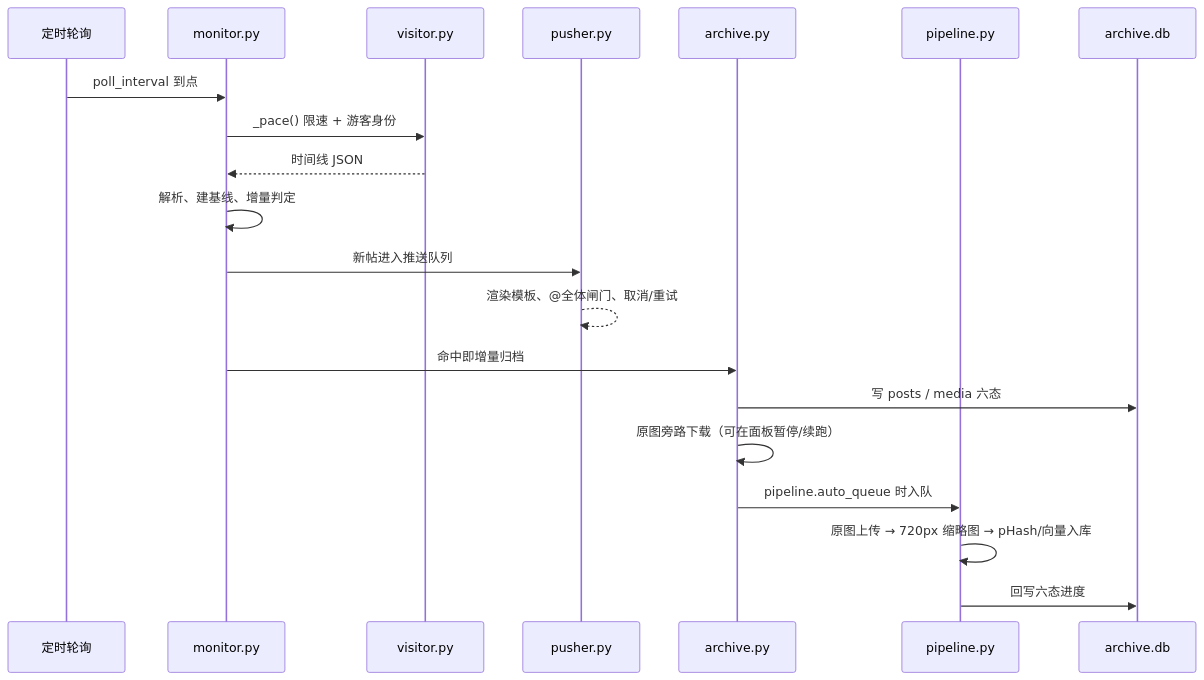
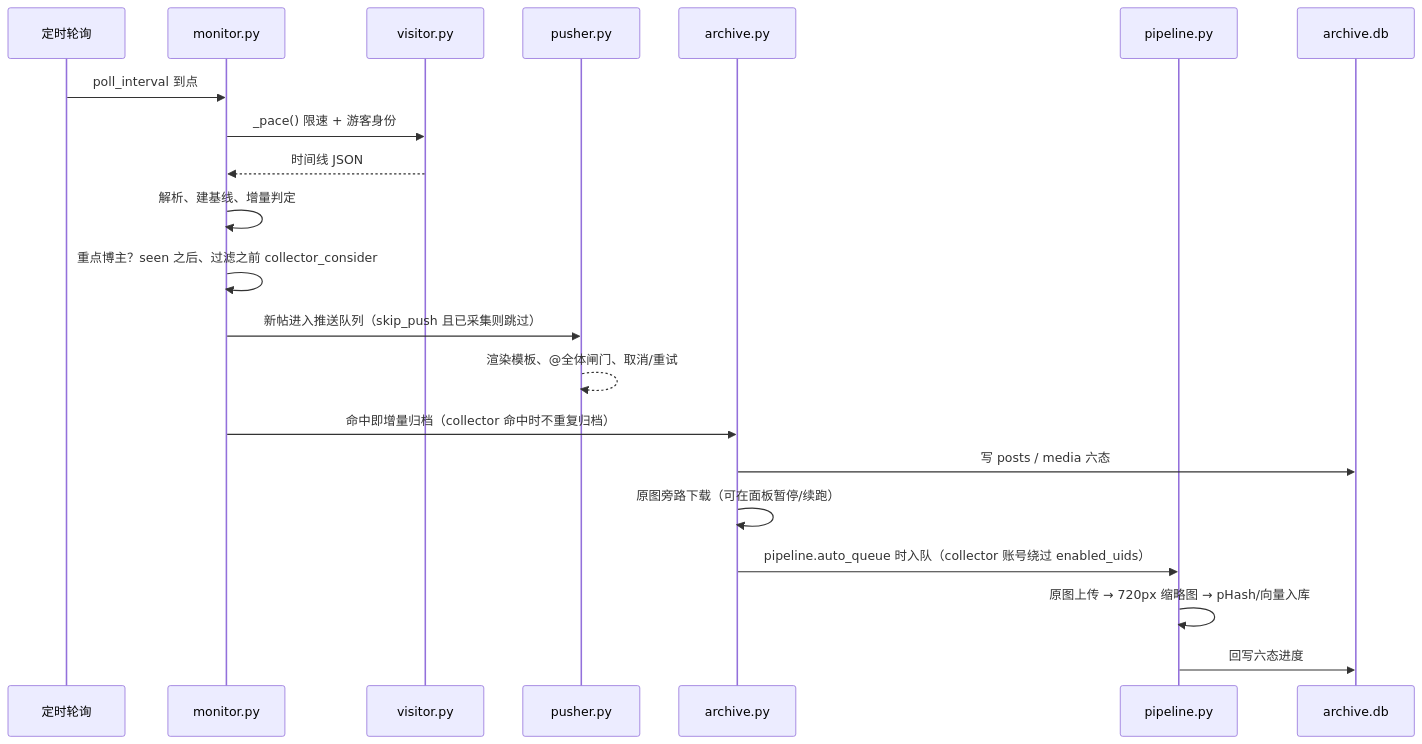
One commit to diyushuang/astrbot_plugin_weibo_suite changed the second of 2 diagrams in docs/ARCHITECTURE.md. Above: the diagram before and after it, drawn with Mermaid. The commit also changed other lines of this file and 54 other files, not shown here.

````diff
--- a/docs/ARCHITECTURE.md
+++ b/docs/ARCHITECTURE.md
@@ -119,23 +124,24 @@
 ```mermaid
 sequenceDiagram
     participant T as 定时轮询
     participant M as monitor.py
     participant V as visitor.py
     participant P as pusher.py
     participant A as archive.py
     participant PL as pipeline.py
     participant DB as archive.db
 
     T->>M: poll_interval 到点
     M->>V: _pace() 限速 + 游客身份
     V-->>M: 时间线 JSON
     M->>M: 解析、建基线、增量判定
-    M->>P: 新帖进入推送队列
+    M->>M: 重点博主？seen 之后、过滤之前 collector_consider
+    M->>P: 新帖进入推送队列（skip_push 且已采集则跳过）
     P-->>P: 渲染模板、@全体闸门、取消/重试
-    M->>A: 命中即增量归档
+    M->>A: 命中即增量归档（collector 命中时不重复归档）
     A->>DB: 写 posts / media 六态
     A->>A: 原图旁路下载（可在面板暂停/续跑）
-    A->>PL: pipeline.auto_queue 时入队
+    A->>PL: pipeline.auto_queue 时入队（collector 账号绕过 enabled_uids）
     PL->>PL: 原图上传 → 720px 缩略图 → pHash/向量入库
     PL->>DB: 回写六态进度
 ```
````
